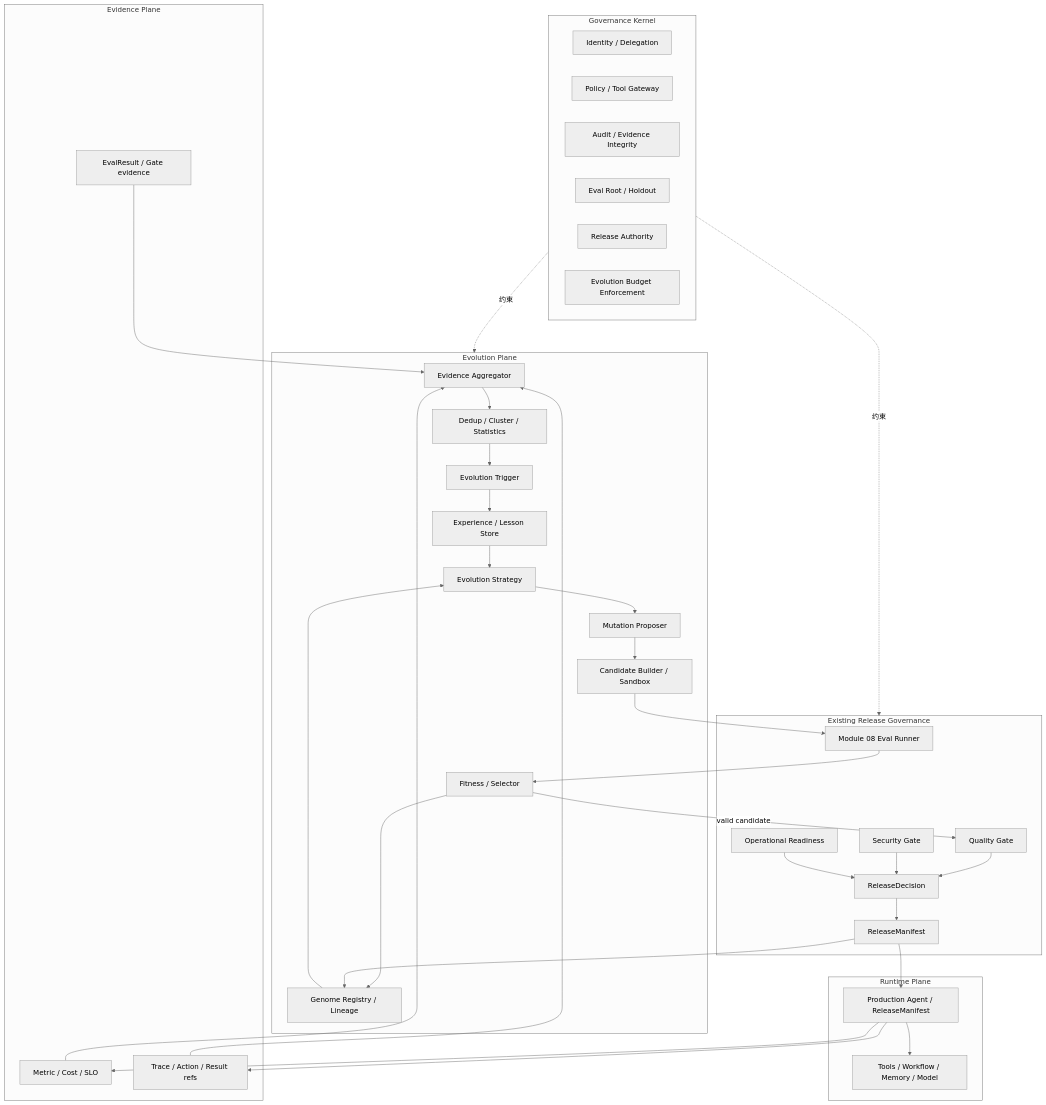
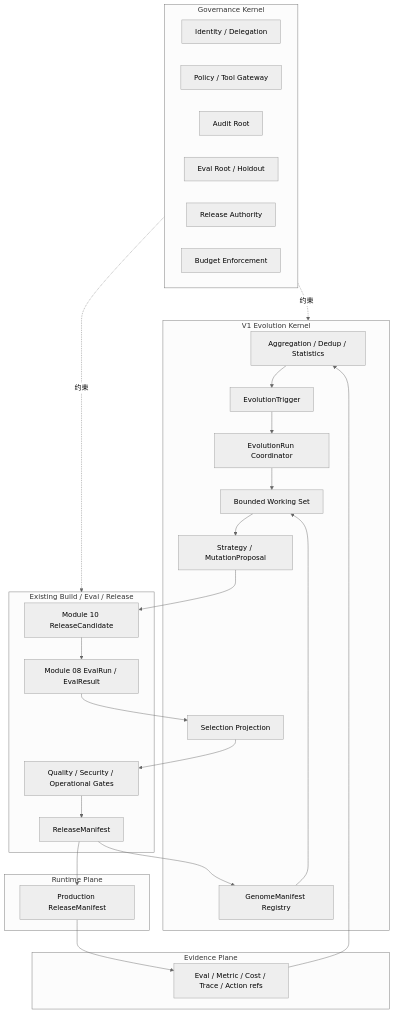
The diagram in docs/03-参考架构/05-演化闭环与成本控制.md (chun001-stac/Agent-UEAF), drawn with Mermaid (neutral theme) before and after one commit. The commit also changed other lines of this file, not shown here.

Commit message:
docs: align V1 evolution reference architecture

````diff
--- a/docs/03-参考架构/05-演化闭环与成本控制.md
+++ b/docs/03-参考架构/05-演化闭环与成本控制.md
@@ -19,67 +21,45 @@
 ```mermaid
 flowchart TB
     subgraph GK["Governance Kernel"]
         IAM["Identity / Delegation"]
         POL["Policy / Tool Gateway"]
-        AUD["Audit / Evidence Integrity"]
+        AUD["Audit Root"]
         EVROOT["Eval Root / Holdout"]
         REL["Release Authority"]
-        BUDROOT["Evolution Budget Enforcement"]
+        BUD["Budget Enforcement"]
     end
 
     subgraph RP["Runtime Plane"]
-        PROD["Production Agent / ReleaseManifest"]
-        TOOLS["Tools / Workflow / Memory / Model"]
+        PROD["Production ReleaseManifest"]
     end
 
     subgraph EP["Evidence Plane"]
-        MET["Metric / Cost / SLO"]
-        TRACE["Trace / Action / Result refs"]
-        EVAL["EvalResult / Gate evidence"]
+        FACTS["Eval / Metric / Cost / Trace / Action refs"]
     end
 
-    subgraph XP["Evolution Plane"]
-        AGG["Evidence Aggregator"]
-        PAT["Dedup / Cluster / Statistics"]
-        TRIG["Evolution Trigger"]
-        EXP["Experience / Lesson Store"]
-        GEN["Genome Registry / Lineage"]
-        STRAT["Evolution Strategy"]
-        MUT["Mutation Proposer"]
-        CAND["Candidate Builder / Sandbox"]
-        FIT["Fitness / Selector"]
+    subgraph XP["V1 Evolution Kernel"]
+        AGG["Aggregation / Dedup / Statistics"]
+        TRIG["EvolutionTrigger"]
+        RUN["EvolutionRun Coordinator"]
+        WS["Bounded Working Set"]
+        GEN["GenomeManifest Registry"]
+        MUT["Strategy / MutationProposal"]
+        SEL["Selection Projection"]
     end
 
-    subgraph RG["Existing Release Governance"]
-        ER["Module 08 Eval Runner"]
-        Q["Quality Gate"]
-        S["Security Gate"]
-        O["Operational Readiness"]
-        RD["ReleaseDecision"]
+    subgraph EXISTING["Existing Build / Eval / Release"]
+        CAND["Module 10 ReleaseCandidate"]
+        EVAL["Module 08 EvalRun / EvalResult"]
+        GATE["Quality / Security / Operational Gates"]
         RM["ReleaseManifest"]
     end
 
-    PROD --> TOOLS
-    PROD --> MET
-    PROD --> TRACE
-    EVAL --> AGG
-    MET --> AGG
-    TRACE --> AGG
-    AGG --> PAT --> TRIG
-    TRIG --> EXP
-    EXP --> STRAT
-    GEN --> STRAT
-    STRAT --> MUT --> CAND
-    CAND --> ER
-    ER --> FIT
-    FIT -->|"valid candidate"| Q
-    Q --> RD
-    S --> RD
-    O --> RD
-    RD --> RM --> PROD
-    FIT --> GEN
+    PROD --> FACTS --> AGG --> TRIG --> RUN
+    RUN --> WS
+    GEN --> WS
+    WS --> MUT
+    MUT --> CAND --> EVAL --> SEL --> GATE --> RM --> PROD
     RM --> GEN
-
     GK -.约束.-> XP
-    GK -.约束.-> RG
+    GK -.约束.-> EXISTING
 ```
````
